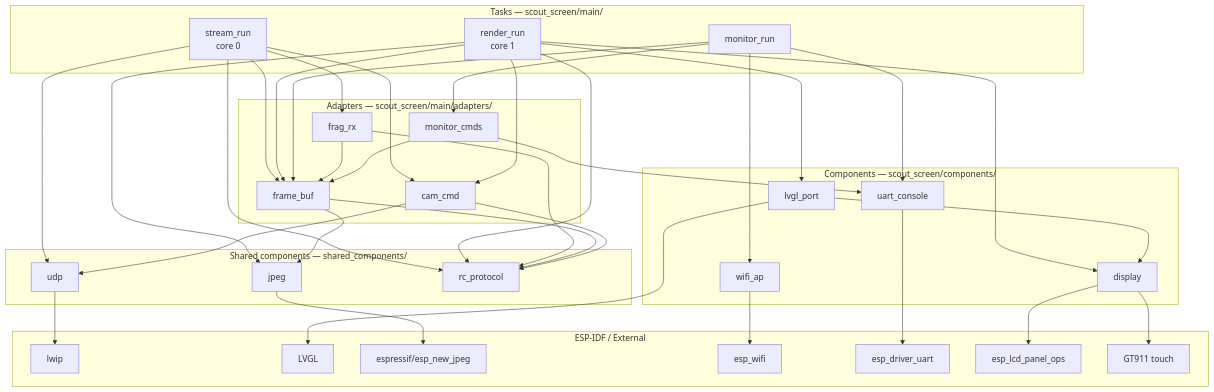
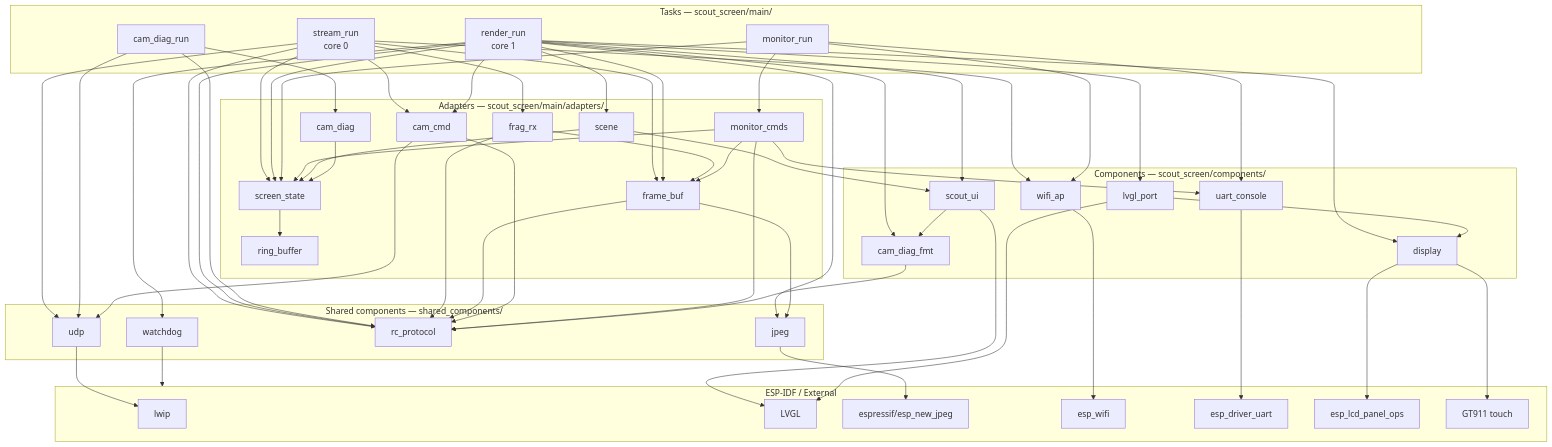
The second of 2 diagrams in docs/scout_screen_flow.md (LINTECH-CHAS-ACADEMY-SUVX25/Scout), drawn with Mermaid before and after one commit. The commit also changed other lines of this file and 2 other files, not shown here.

Commit message:
flow documents (needs to be updated more)

````diff
--- a/docs/scout_screen_flow.md
+++ b/docs/scout_screen_flow.md
@@ -31,54 +38,69 @@
 ```mermaid
 graph TD
     subgraph tasks["Tasks — scout_screen/main/"]
         SR["stream_run\ncore 0"]
         RR["render_run\ncore 1"]
         MR["monitor_run"]
+        CD["cam_diag_run"]
     end
 
     subgraph adapters["Adapters — scout_screen/main/adapters/"]
         FB[frame_buf]
         CC[cam_cmd]
         FR[frag_rx]
         MC[monitor_cmds]
+        SS[screen_state]
+        SC[scene]
+        RB[ring_buffer]
+        CDIAG[cam_diag]
     end
 
     subgraph shared["Shared components — shared_components/"]
         JP[jpeg]
         UDP[udp]
         RCP[rc_protocol]
+        WD[watchdog]
     end
 
     subgraph components["Components — scout_screen/components/"]
         DISP[display]
         UI[lvgl_port]
+        SUI[scout_ui]
         UC[uart_console]
         WA[wifi_ap]
+        CDF[cam_diag_fmt]
     end
 
     subgraph sdk["ESP-IDF / External"]
         LWIP[lwip]
         LVGL[LVGL]
         JPEG_LIB[espressif/esp_new_jpeg]
         WIFI[esp_wifi]
         UART_DRV[esp_driver_uart]
         LCD[esp_lcd_panel_ops]
         GT[GT911 touch]
     end
 
-    SR --> FR & FB & CC & UDP & RCP
-    RR --> FB & CC & JP & DISP & UI & RCP
-    MR --> FB & UC & WA & MC
+    SR --> FR & FB & SS & CC & UDP & RCP & WA
+    RR --> FB & SS & SC & CC & JP & DISP & UI & SUI & CDF & WD & RCP
+    MR --> SS & UC & WA & MC
+    CD --> CDIAG & UDP & RCP
 
     FR --> FB & RCP
     FB --> JP & RCP
     CC --> UDP & RCP
-    MC --> FB & UC
+    MC --> FB & SS & UC & RCP
+    SC --> SS & SUI
+    SS --> RB
+    CDIAG --> SS
 
+    CDF --> RCP
+    SUI --> LVGL & CDF
     JP --> JPEG_LIB
     UDP --> LWIP
     UI --> LVGL & DISP
     DISP --> LCD & GT
     WA --> WIFI
     UC --> UART_DRV
+    WD --> sdk
 ```
````
